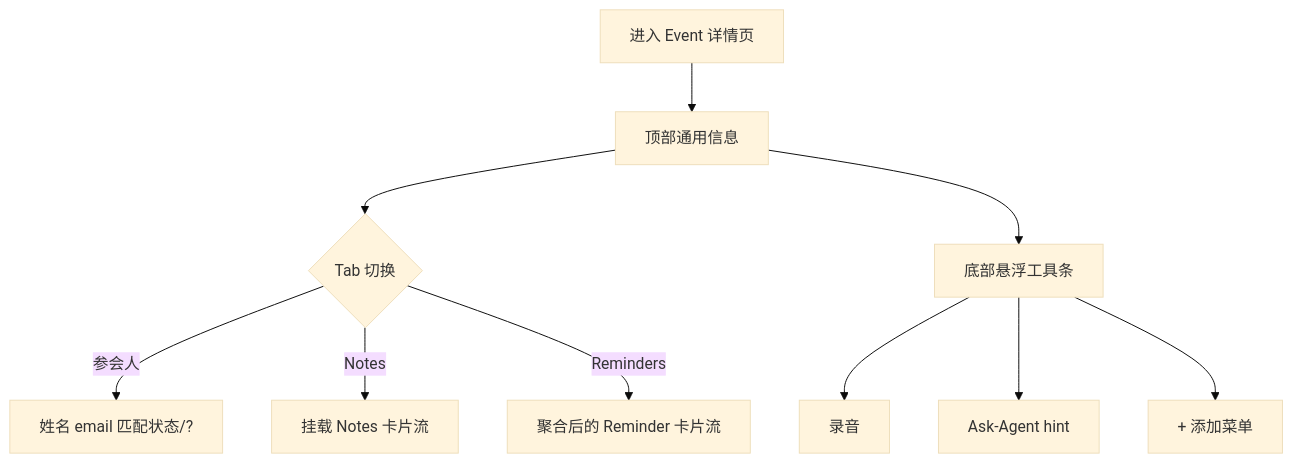
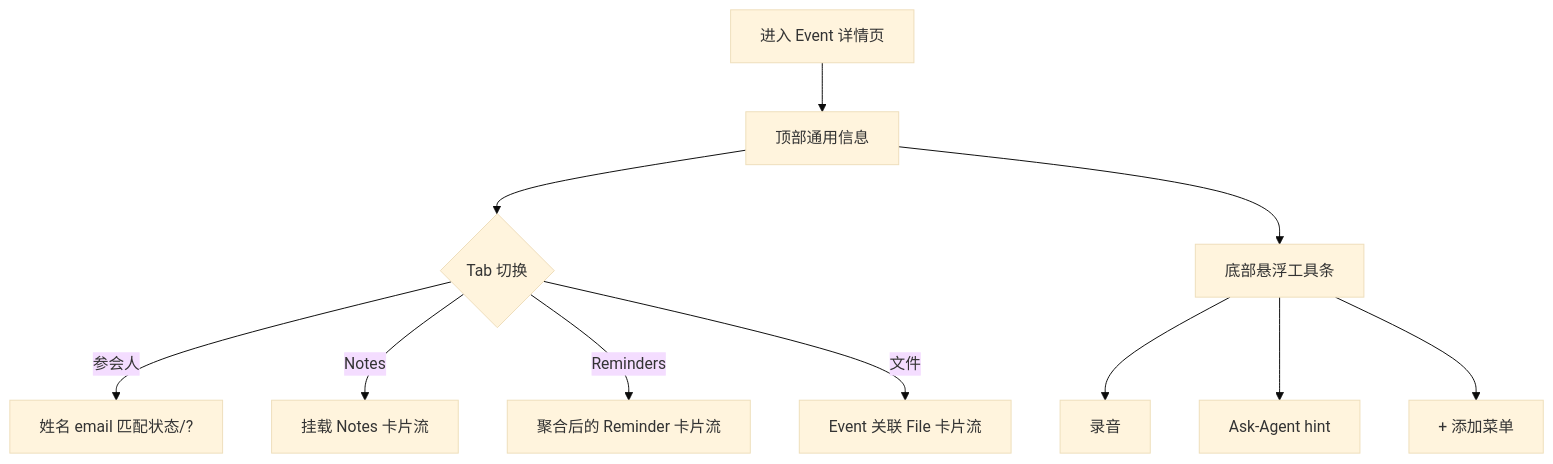
Before and after one commit to IgniteTheSpark/bizcard: the first of 3 diagrams in bizcard-3.0-phase2/PRD_CALENDAR_EVENT_DETAIL_AND_CREATE.md, drawn with Mermaid (base theme). The commit also changed other lines of this file and 6 other files, not shown here.

````diff
--- a/bizcard-3.0-phase2/PRD_CALENDAR_EVENT_DETAIL_AND_CREATE.md
+++ b/bizcard-3.0-phase2/PRD_CALENDAR_EVENT_DETAIL_AND_CREATE.md
@@ -84,12 +36,13 @@
 ```mermaid
 flowchart TD
   A[进入 Event 详情页] --> B[顶部通用信息]
   B --> C{Tab 切换}
   C -->|参会人| D[姓名 email 匹配状态/?]
   C -->|Notes| E[挂载 Notes 卡片流]
   C -->|Reminders| F[聚合后的 Reminder 卡片流]
+  C -->|文件| K[Event 关联 File 卡片流]
   B --> G[底部悬浮工具条]
   G --> H[录音]
   G --> I[Ask-Agent hint]
   G --> J[+ 添加菜单]
 ```
````
